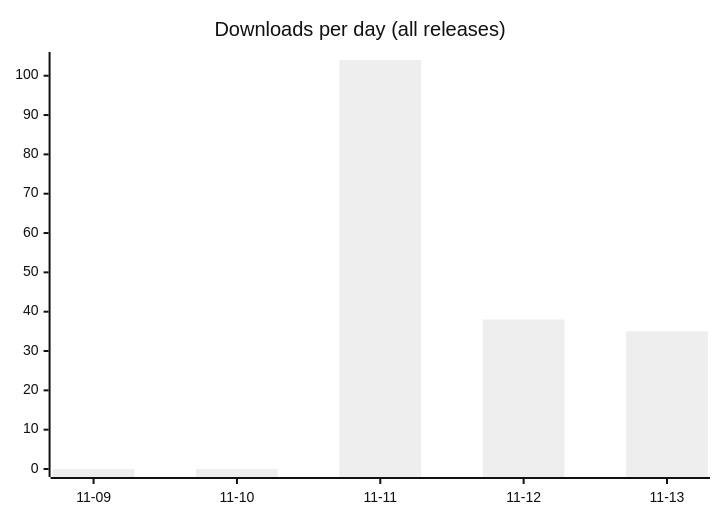
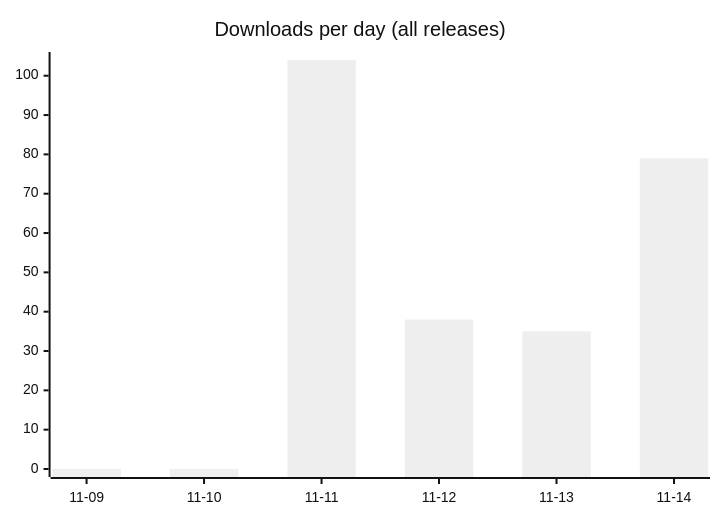
Before and after one commit to fmadore/Kalamu: the first of 2 diagrams in README.md, drawn with Mermaid (neutral theme). The commit also changed other lines of this file and 3 other files, not shown here.

````diff
--- a/README.md
+++ b/README.md
@@ -42,6 +44,6 @@
 ```mermaid
 xychart-beta
     title "Downloads per day (all releases)"
-    x-axis ["11-09", "11-10", "11-11", "11-12", "11-13"]
-    bar [0, 0, 104, 38, 35]
+    x-axis ["11-09", "11-10", "11-11", "11-12", "11-13", "11-14"]
+    bar [0, 0, 104, 38, 35, 79]
 ```
````
